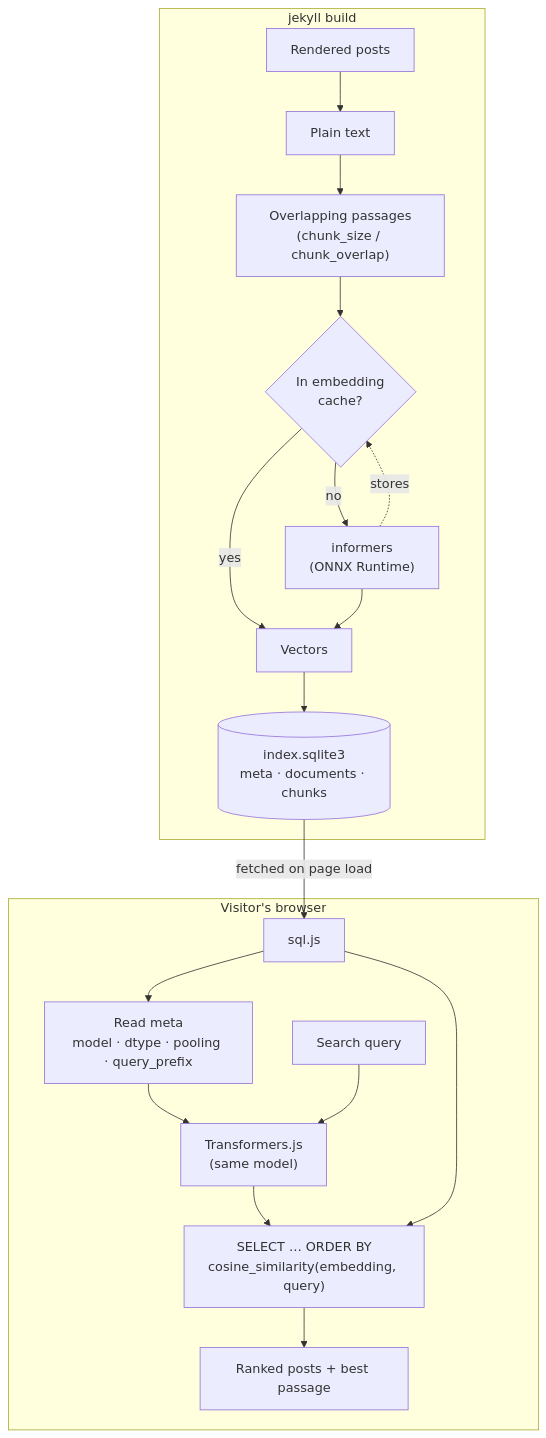
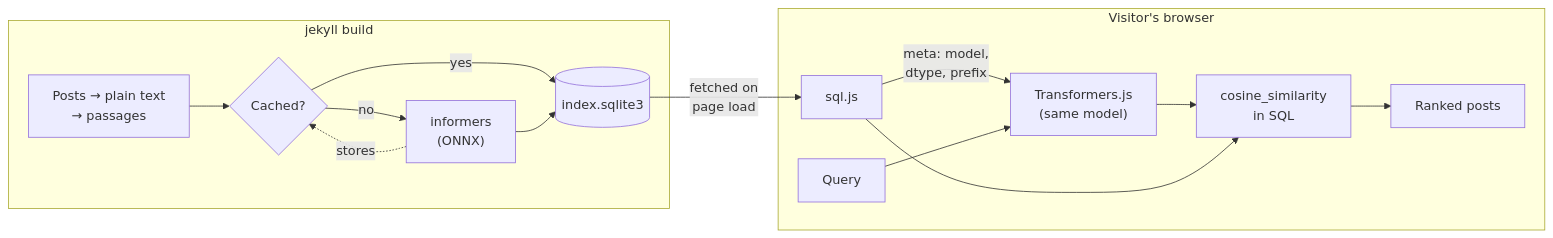
The first of 3 diagrams in README.md (mourjo/jekyll-semantic-search), drawn with Mermaid before and after one commit.

Commit message:
Make the README overview diagram horizontal and compact
The top-to-bottom flowchart filled the screen. Lay it out left to right
and merge minor steps so labels stay readable at GitHub's page width.

````diff
--- a/README.md
+++ b/README.md
@@ -12,24 +12,20 @@
 ```mermaid
-flowchart TB
+flowchart LR
   subgraph build["jekyll build"]
-    P["Rendered posts"] --> T["Plain text"]
-    T --> C["Overlapping passages<br/>(chunk_size / chunk_overlap)"]
-    C --> K{"In embedding<br/>cache?"}
-    K -- yes --> V["Vectors"]
-    K -- no --> I["informers<br/>(ONNX Runtime)"]
-    I --> V
+    P["Posts → plain text<br/>→ passages"] --> K{"Cached?"}
+    K -- no --> I["informers<br/>(ONNX)"]
     I -. stores .-> K
-    V --> DB[("index.sqlite3<br/>meta · documents · chunks")]
+    K -- yes --> DB[("index.sqlite3")]
+    I --> DB
   end
 
   subgraph browser["Visitor's browser"]
-    S["sql.js"] --> M["Read meta<br/>model · dtype · pooling · query_prefix"]
-    M --> TJ["Transformers.js<br/>(same model)"]
-    Q["Search query"] --> TJ
-    TJ --> R["SELECT … ORDER BY<br/>cosine_similarity(embedding, query)"]
+    S["sql.js"] -- "meta: model,<br/>dtype, prefix" --> TJ["Transformers.js<br/>(same model)"]
+    Q["Query"] --> TJ
+    TJ --> R["cosine_similarity<br/>in SQL"]
     S --> R
-    R --> Res["Ranked posts + best passage"]
+    R --> Res["Ranked posts"]
   end
 
-  DB -- "fetched on page load" --> S
+  DB -- "fetched on<br/>page load" --> S
 ```
````
